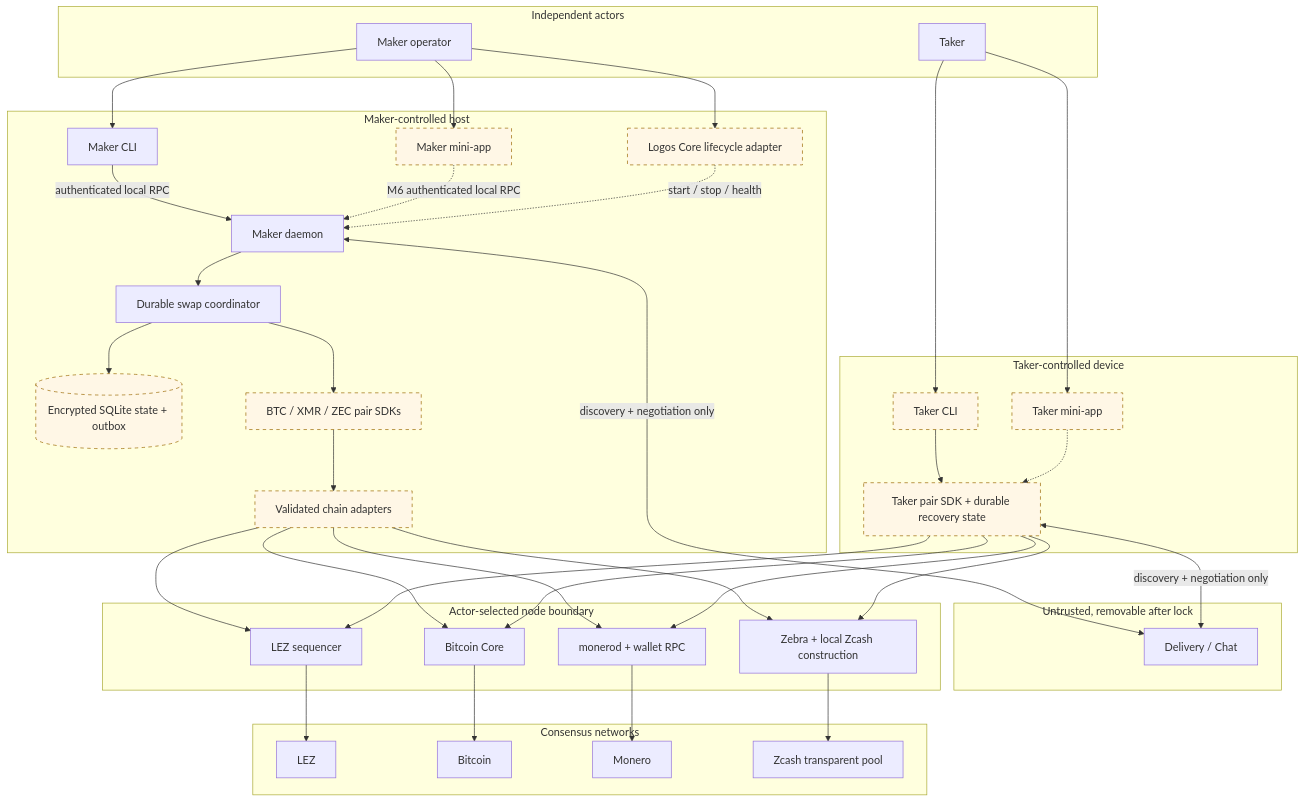
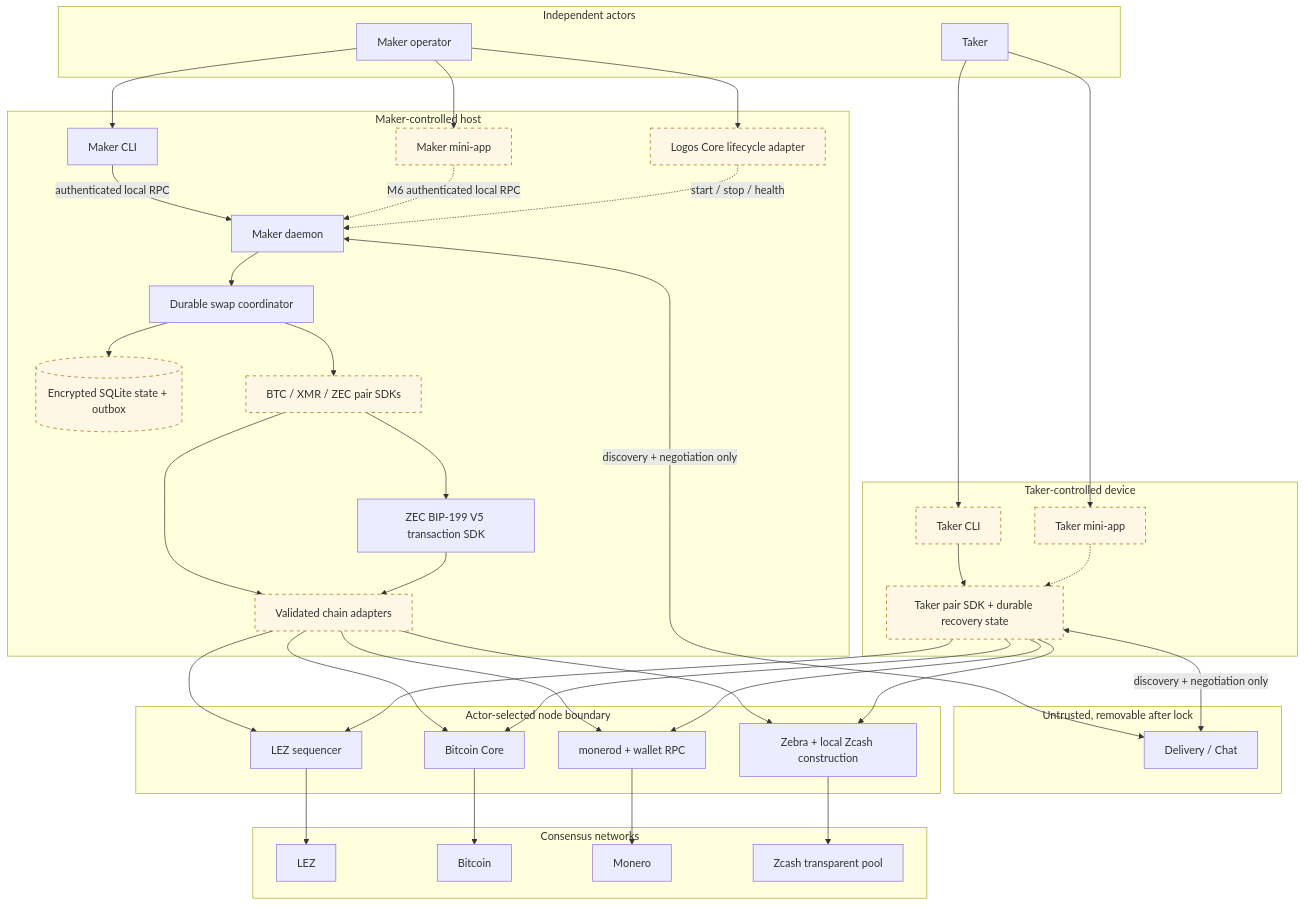
The first of 4 diagrams in docs/architecture/system-architecture.md (gateway-fm/lez-atomic-swaps), drawn with Mermaid before and after one commit. The commit also changed other lines of this file and 14 other files, not shown here.

Commit message:
feat: prove M2 ZEC transaction and SPEL compatibility

````diff
--- a/docs/architecture/system-architecture.md
+++ b/docs/architecture/system-architecture.md
@@ -14,76 +14,79 @@
 ```mermaid
 flowchart TB
     subgraph People["Independent actors"]
         MO["Maker operator"]
         T["Taker"]
     end
 
     subgraph MakerHost["Maker-controlled host"]
         MC["Maker CLI"]
         MM["Maker mini-app"]
         LC["Logos Core lifecycle adapter"]
         MD["Maker daemon"]
         CO["Durable swap coordinator"]
         DB[("Encrypted SQLite state + outbox")]
         PS["BTC / XMR / ZEC pair SDKs"]
+        ZTX["ZEC BIP-199 V5 transaction SDK"]
         CA["Validated chain adapters"]
     end
 
     subgraph TakerDevice["Taker-controlled device"]
         TC["Taker CLI"]
         TM["Taker mini-app"]
         TS["Taker pair SDK + durable recovery state"]
     end
 
     subgraph OffChain["Untrusted, removable after lock"]
         DC["Delivery / Chat"]
     end
 
     subgraph Nodes["Actor-selected node boundary"]
         LEZ["LEZ sequencer"]
         BTC["Bitcoin Core"]
         XMR["monerod + wallet RPC"]
         ZEC["Zebra + local Zcash construction"]
     end
 
     subgraph Networks["Consensus networks"]
         LN["LEZ"]
         BN["Bitcoin"]
         XN["Monero"]
         ZN["Zcash transparent pool"]
     end
 
     MO --> MC
     MO --> MM
     MO --> LC
     MC -->|"authenticated local RPC"| MD
     MM -.->|"M6 authenticated local RPC"| MD
     LC -.->|"start / stop / health"| MD
     MD --> CO
     CO --> DB
     CO --> PS
+    PS --> ZTX
     PS --> CA
+    ZTX --> CA
 
     T --> TC
     T --> TM
     TC --> TS
     TM -.-> TS
 
     MD <-->|"discovery + negotiation only"| DC
     TS <-->|"discovery + negotiation only"| DC
     CA --> LEZ
     CA --> BTC
     CA --> XMR
     CA --> ZEC
     TS --> LEZ
     TS --> BTC
     TS --> XMR
     TS --> ZEC
     LEZ --> LN
     BTC --> BN
     XMR --> XN
     ZEC --> ZN
 
     classDef planned stroke-dasharray: 5 5,fill:#fff7e6,stroke:#9a6700;
     class MM,LC,PS,CA,TC,TM,TS,DB planned;
 ```
````
